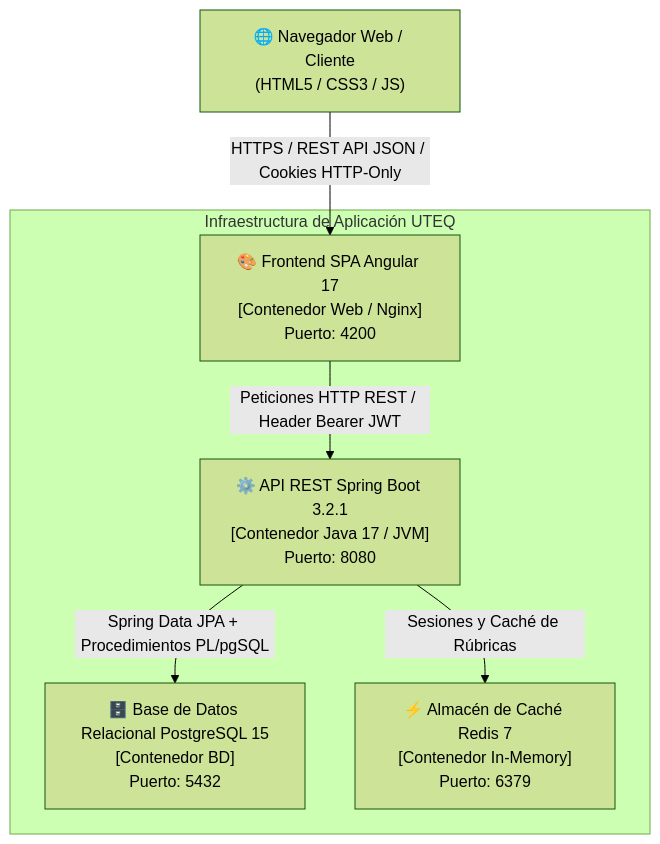
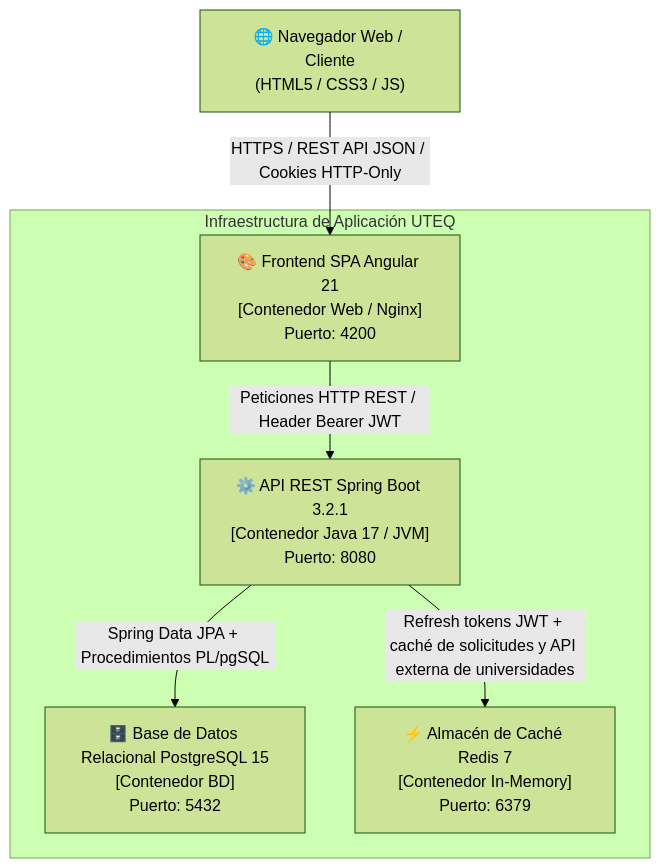
The second of 3 diagrams in docs/arquitectura/README.md (carla22072004/PFC-Presustentaciones-2026), drawn with Mermaid (forest theme) before and after one commit. The commit also changed 4 other files, not shown here.

````diff
--- a/docs/arquitectura/README.md
+++ b/docs/arquitectura/README.md
@@ -33,16 +33,16 @@
 ```mermaid
 graph TD
     UserBrowser["🌐 Navegador Web / Cliente<br/>(HTML5 / CSS3 / JS)"]
 
     subgraph "Infraestructura de Aplicación UTEQ"
-        Frontend["🎨 Frontend SPA Angular 17<br/>[Contenedor Web / Nginx]<br/>Puerto: 4200"]
+        Frontend["🎨 Frontend SPA Angular 21<br/>[Contenedor Web / Nginx]<br/>Puerto: 4200"]
         Backend["⚙️ API REST Spring Boot 3.2.1<br/>[Contenedor Java 17 / JVM]<br/>Puerto: 8080"]
         PostgreSQL["🗄️ Base de Datos Relacional PostgreSQL 15<br/>[Contenedor BD]<br/>Puerto: 5432"]
         Redis["⚡ Almacén de Caché Redis 7<br/>[Contenedor In-Memory]<br/>Puerto: 6379"]
     end
 
     UserBrowser -->|"HTTPS / REST API JSON / Cookies HTTP-Only"| Frontend
     Frontend -->|"Peticiones HTTP REST / Header Bearer JWT"| Backend
     Backend -->|"Spring Data JPA + Procedimientos PL/pgSQL"| PostgreSQL
-    Backend -->|"Sesiones y Caché de Rúbricas"| Redis
+    Backend -->|"Refresh tokens JWT + caché de solicitudes y API externa de universidades"| Redis
 ```
````
